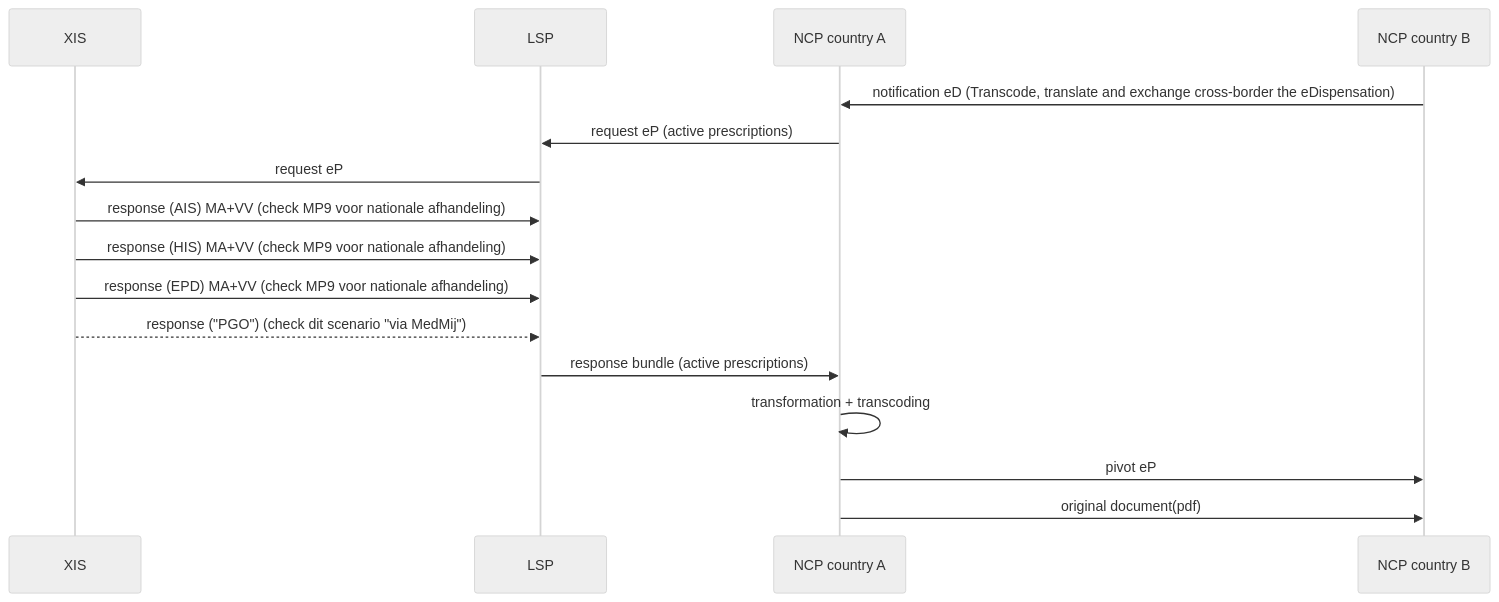
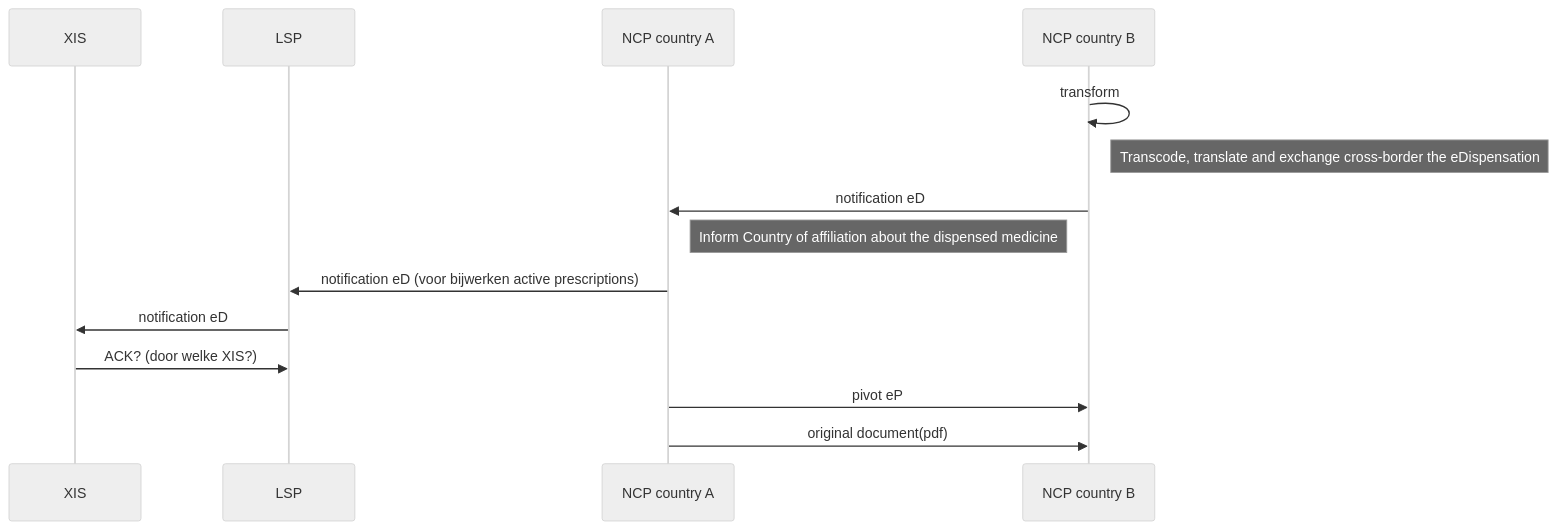
The second of 2 diagrams in ePeD.md (Duometis/overbrugging), drawn with Mermaid (neutral theme) before and after one commit.

````diff
--- a/ePeD.md
+++ b/ePeD.md
@@ -23,18 +23,18 @@
 ```mermaid
 sequenceDiagram
     participant XIS
     participant LSP
     participant A as NCP country A
     participant B as NCP country B
-    B->>A: notification eD (Transcode, translate and exchange cross-border the eDispensation)
-    A->>LSP: request eP (active prescriptions)
-    LSP->>XIS: request eP 
-  XIS->>LSP: response (AIS) MA+VV (check MP9 voor nationale afhandeling)
-  XIS->>LSP: response (HIS) MA+VV (check MP9 voor nationale afhandeling)
-  XIS->>LSP: response (EPD) MA+VV (check MP9 voor nationale afhandeling)
-  XIS-->>LSP: response ("PGO") (check dit scenario "via MedMij")
-  LSP->>A: response bundle (active prescriptions)
-    A->>A: transformation + transcoding
+B->>B: transform
+Note right of B: Transcode, translate and exchange cross-border the eDispensation
+B->>A: notification eD
+
+Note left of B: Inform Country of affiliation about the dispensed medicine
+A->>LSP: notification eD (voor bijwerken active prescriptions)
+
+    LSP->>XIS: notification eD 
+  XIS->>LSP: ACK? (door welke XIS?)
     A->>B: pivot eP
     A->>B: original document(pdf)
 ```
````
